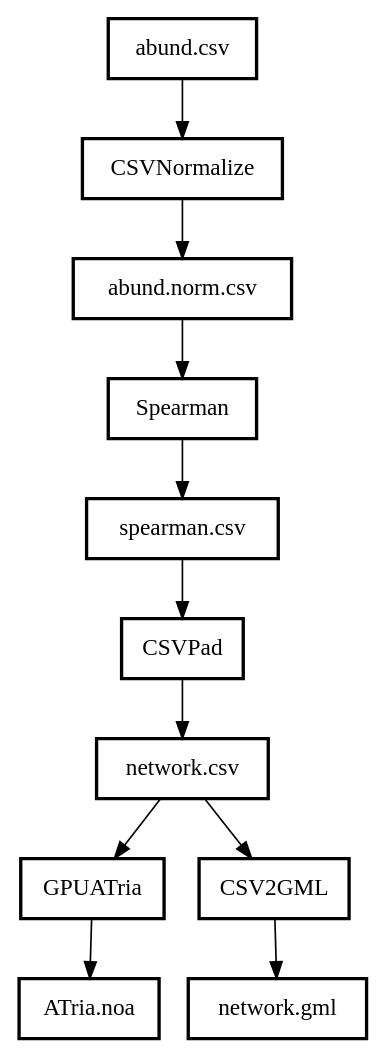
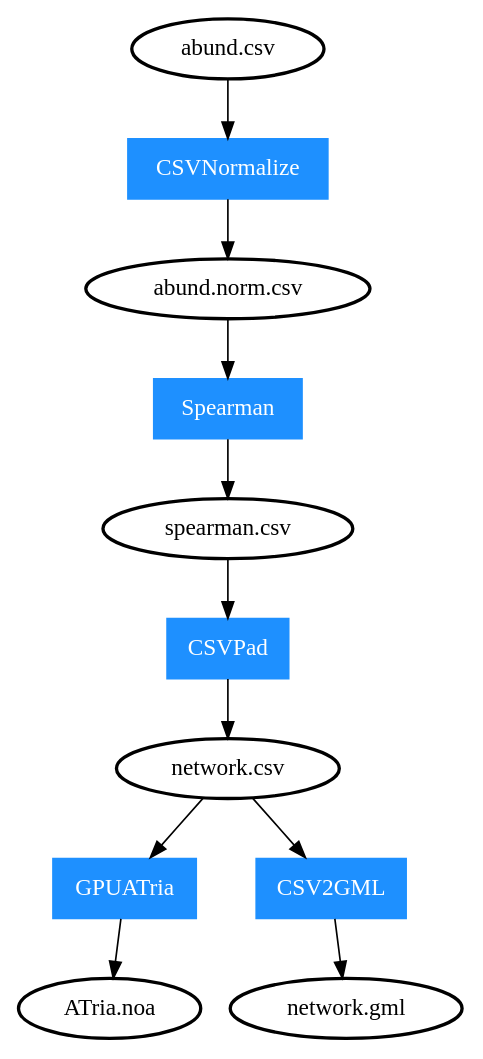
Before and after one commit to movingpictures83/PipeViz: the diagram in 00_Basic_SameFolder/mock/mockup.dot, drawn with Graphviz.

```diff
--- a/00_Basic_SameFolder/mock/mockup.dot
+++ b/00_Basic_SameFolder/mock/mockup.dot
@@ -1,8 +1,14 @@
+
 digraph G {
-	node [style=bold, shape=box];
-	"abund.csv"->"CSVNormalize"->"abund.norm.csv";
-	"abund.norm.csv"->"Spearman"->"spearman.csv";
-	"spearman.csv"->"CSVPad"->"network.csv";
-	"network.csv"->"GPUATria"->"ATria.noa";
-	"network.csv"->"CSV2GML"->"network.gml";
+	node [style=bold];
+	"abund.csv"->"0"->"abund.norm.csv";
+	"abund.norm.csv"->"1"->"spearman.csv";
+	"spearman.csv"->"2"->"network.csv";
+	"network.csv"->"3"->"ATria.noa";
+	"network.csv"->"4"->"network.gml";
+	"0" [label="CSVNormalize", shape=box, color=dodgerblue1, fontcolor=white, style=filled];
+	"1" [label="Spearman", shape=box, color=dodgerblue1, fontcolor=white, style=filled];
+	"2" [label="CSVPad", shape=box, color=dodgerblue1, fontcolor=white, style=filled];
+	"3" [label="GPUATria", shape=box, color=dodgerblue1, fontcolor=white, style=filled];
+	"4" [label="CSV2GML", shape=box, color=dodgerblue1, fontcolor=white, style=filled];
 }
```
